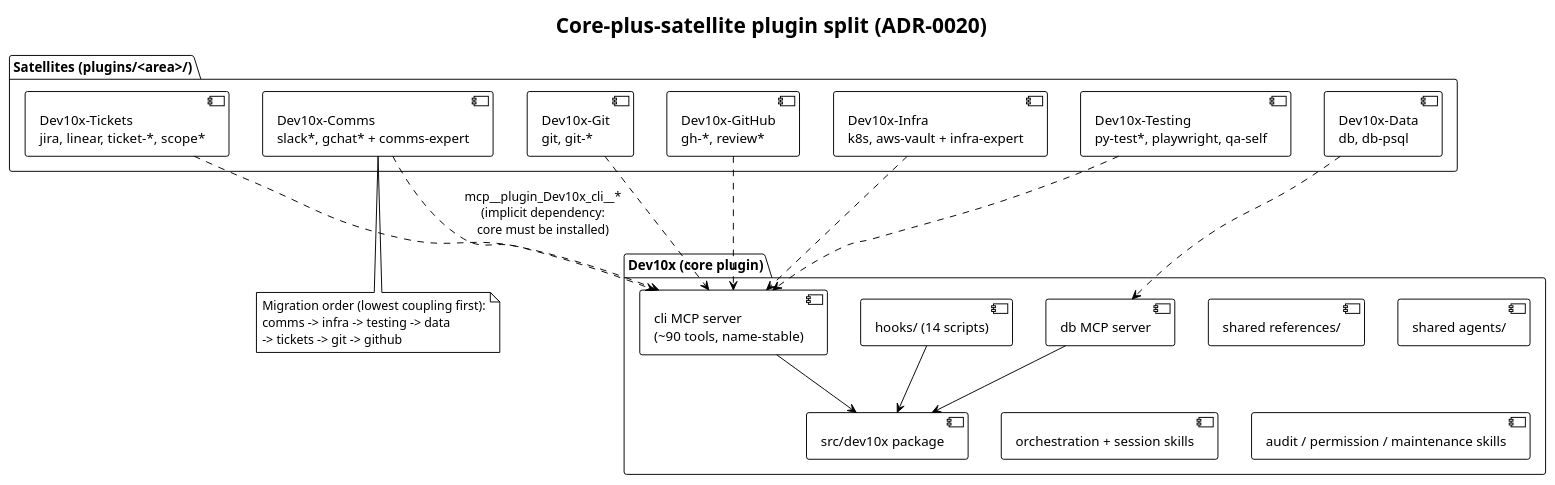
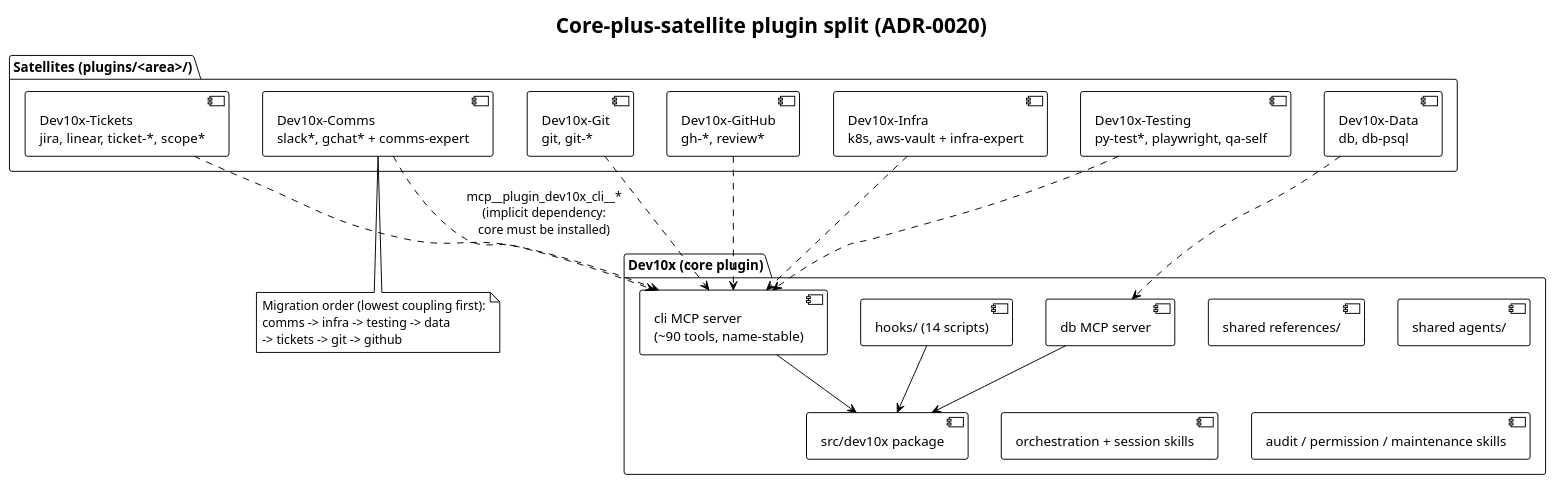
Before and after one commit to Dev10x-Guru/Dev10x-Claude: the diagram in docs/adr/diagrams/0020/component-architecture.puml, drawn with PlantUML. The commit also changed 465 other files, not shown here.

```diff
--- a/docs/adr/diagrams/0020/component-architecture.puml
+++ b/docs/adr/diagrams/0020/component-architecture.puml
@@ -1,43 +1,43 @@
 @startuml component-architecture
 !theme plain
 title Core-plus-satellite plugin split (ADR-0020)
 
 package "Dev10x (core plugin)" {
   [cli MCP server\n(~90 tools, name-stable)] as CLI
   [db MCP server] as DB
   [hooks/ (14 scripts)] as HOOKS
   [src/dev10x package] as PKG
   [shared references/] as REFS
   [shared agents/] as AGENTS
   [orchestration + session skills] as ORCH
   [audit / permission / maintenance skills] as AUDIT
 }
 
 package "Satellites (plugins/<area>/)" {
   [Dev10x-Comms\nslack*, gchat* + comms-expert] as COMMS
   [Dev10x-Infra\nk8s, aws-vault + infra-expert] as INFRA
   [Dev10x-Testing\npy-test*, playwright, qa-self] as TEST
   [Dev10x-Data\ndb, db-psql] as DATA
   [Dev10x-Tickets\njira, linear, ticket-*, scope*] as TICKETS
   [Dev10x-Git\ngit, git-*] as GIT
   [Dev10x-GitHub\ngh-*, review*] as GH
 }
 
 HOOKS --> PKG
 CLI --> PKG
 DB --> PKG
 
-COMMS ..> CLI : mcp__plugin_Dev10x_cli__*\n(implicit dependency:\ncore must be installed)
+COMMS ..> CLI : mcp__plugin_dev10x_cli__*\n(implicit dependency:\ncore must be installed)
 INFRA ..> CLI
 TEST ..> CLI
 DATA ..> DB
 TICKETS ..> CLI
 GIT ..> CLI
 GH ..> CLI
 
 note bottom of COMMS
   Migration order (lowest coupling first):
   comms -> infra -> testing -> data
   -> tickets -> git -> github
 end note
 @enduml
```
